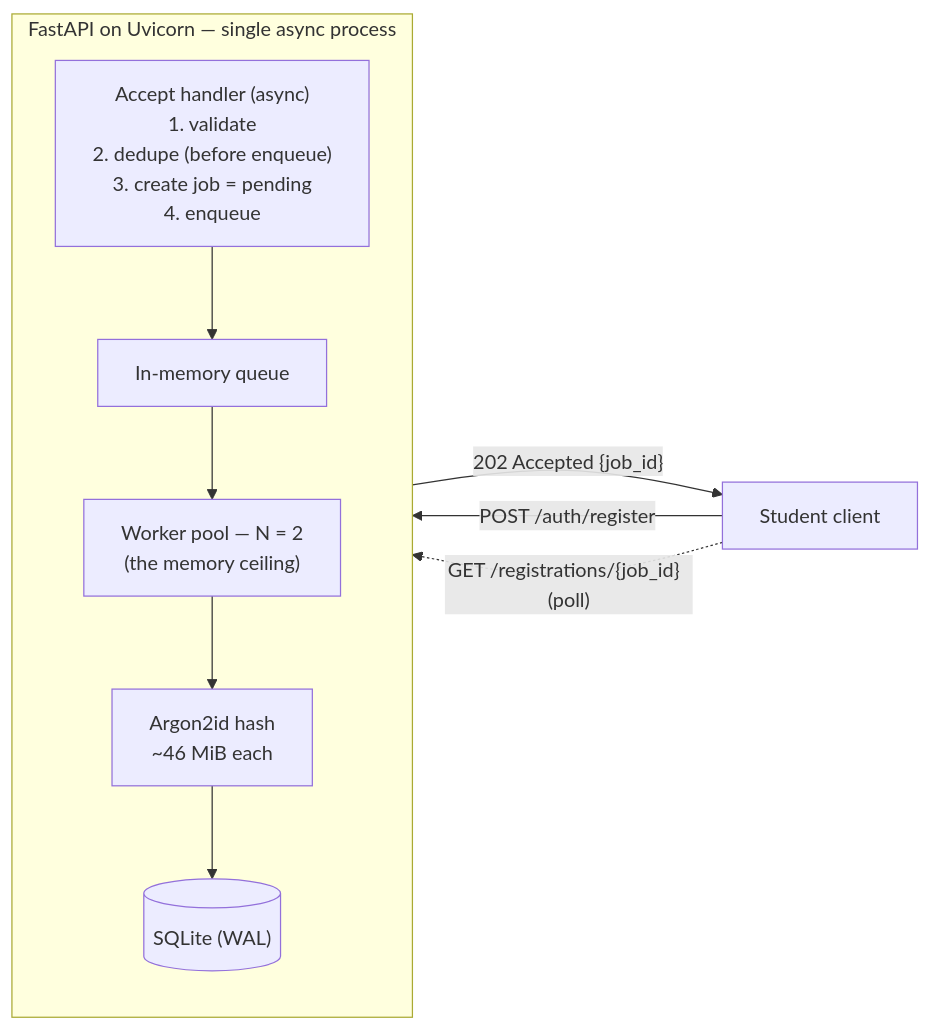
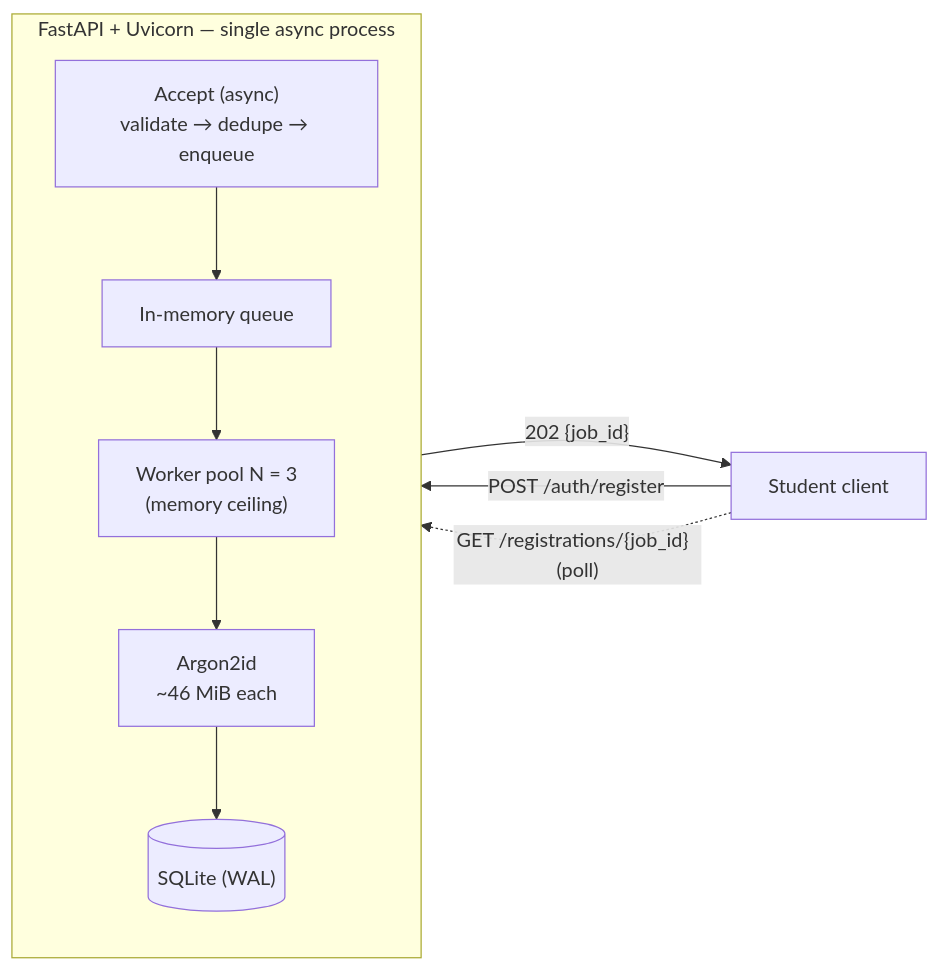
Before and after one commit to TheClazer/techfest-registration-backend: the first of 2 diagrams in SCALE.md, drawn with Mermaid. The commit also changed other lines of this file, not shown here.

````diff
--- a/SCALE.md
+++ b/SCALE.md
@@ -115,18 +81,16 @@
 ```mermaid
 flowchart LR
     C["Student client"]
-
-    subgraph API["FastAPI on Uvicorn — single async process"]
+    subgraph API["FastAPI + Uvicorn — single async process"]
         direction TB
-        A["Accept handler (async)<br/>1. validate<br/>2. dedupe (before enqueue)<br/>3. create job = pending<br/>4. enqueue"]
+        A["Accept (async)<br/>validate → dedupe → enqueue"]
         Q["In-memory queue"]
-        WP["Worker pool — N = 2<br/>(the memory ceiling)"]
-        H["Argon2id hash<br/>~46 MiB each"]
+        WP["Worker pool N = 3<br/>(memory ceiling)"]
+        H["Argon2id<br/>~46 MiB each"]
         DB[("SQLite (WAL)")]
         A --> Q --> WP --> H --> DB
     end
-
     C -- "POST /auth/register" --> A
-    A -- "202 Accepted {job_id}" --> C
+    A -- "202 {job_id}" --> C
     C -. "GET /registrations/{job_id}  (poll)" .-> A
 ```
````
